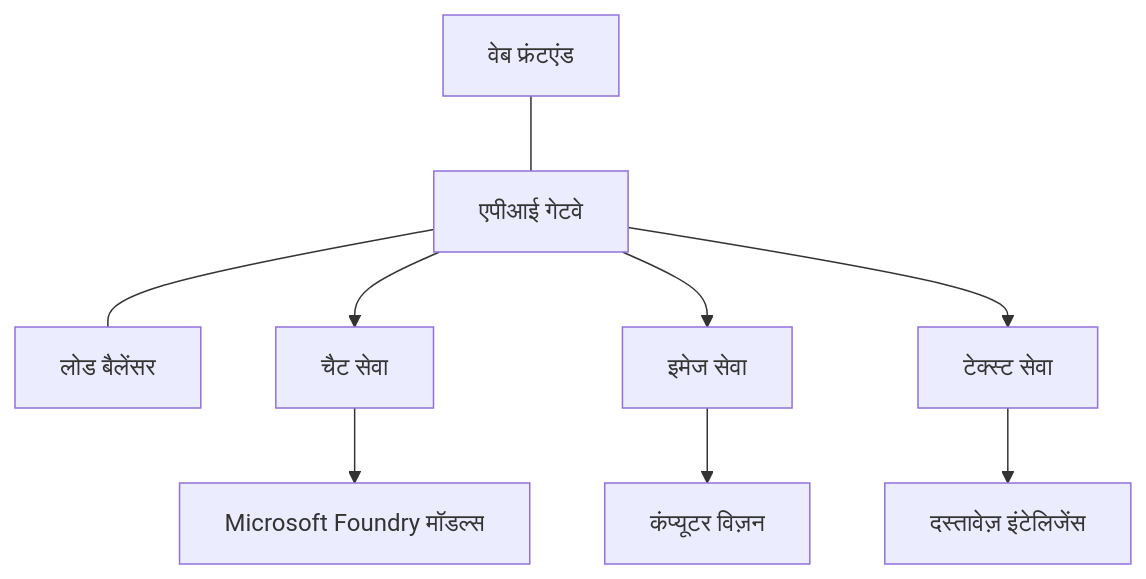
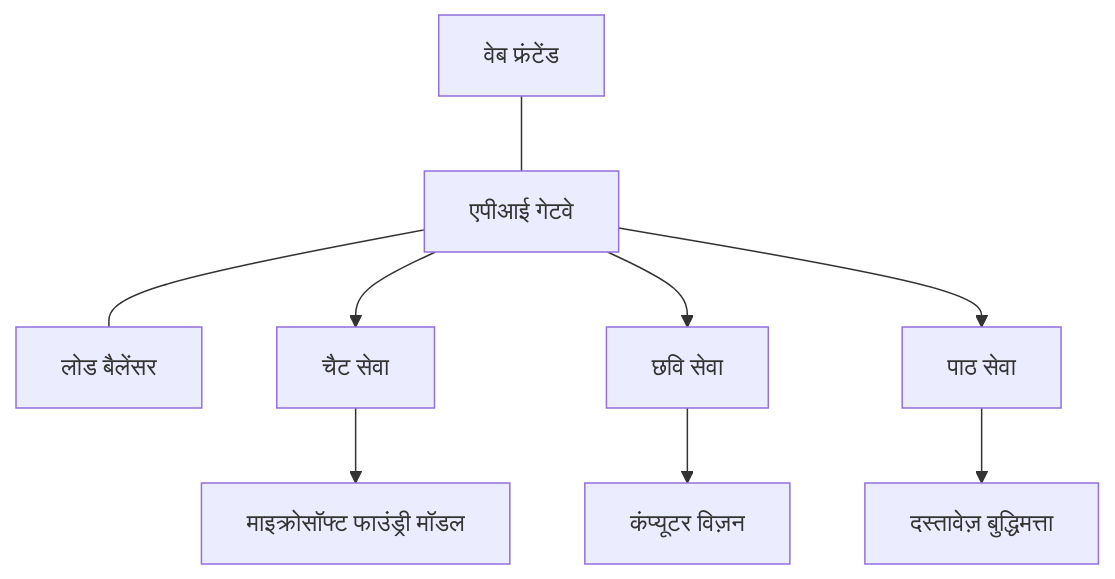
The diagram in translations/hi/docs/chapter-08-production/production-ai-practices.md (microsoft/AZD-for-beginners), drawn with Mermaid before and after one commit. The commit also changed other lines of this file and 101 other files, not shown here.

````diff
--- a/translations/hi/docs/chapter-08-production/production-ai-practices.md
+++ b/translations/hi/docs/chapter-08-production/production-ai-practices.md
@@ -30,10 +30,10 @@
 ```mermaid
 graph TD
-    Frontend[वेब फ्रंटएंड] --- Gateway[एपीआई गेटवे] --- LB[लोड बैलेंसर]
+    Frontend[वेब फ्रंटेंड] --- Gateway[एपीआई गेटवे] --- LB[लोड बैलेंसर]
     Gateway --> Chat[चैट सेवा]
-    Gateway --> Image[इमेज सेवा]
-    Gateway --> Text[टेक्स्ट सेवा]
-    Chat --> OpenAI[Microsoft Foundry मॉडल्स]
+    Gateway --> Image[छवि सेवा]
+    Gateway --> Text[पाठ सेवा]
+    Chat --> OpenAI[माइक्रोसॉफ्ट फाउंड्री मॉडल]
     Image --> Vision[कंप्यूटर विज़न]
-    Text --> DocIntel[दस्तावेज़ इंटेलिजेंस]
+    Text --> DocIntel[दस्तावेज़ बुद्धिमत्ता]
 ```
````
